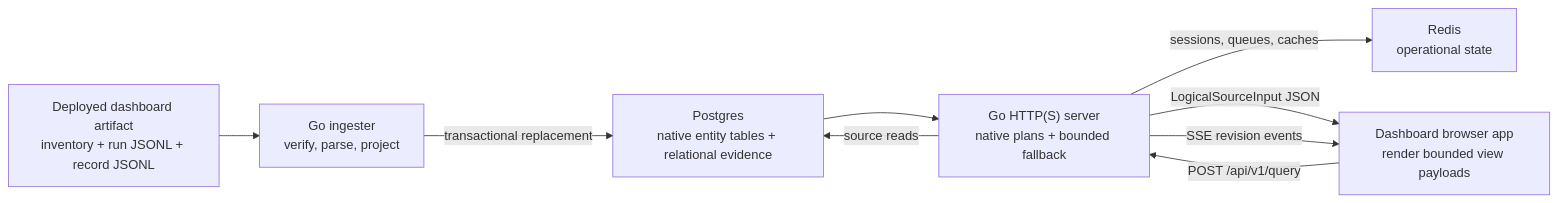
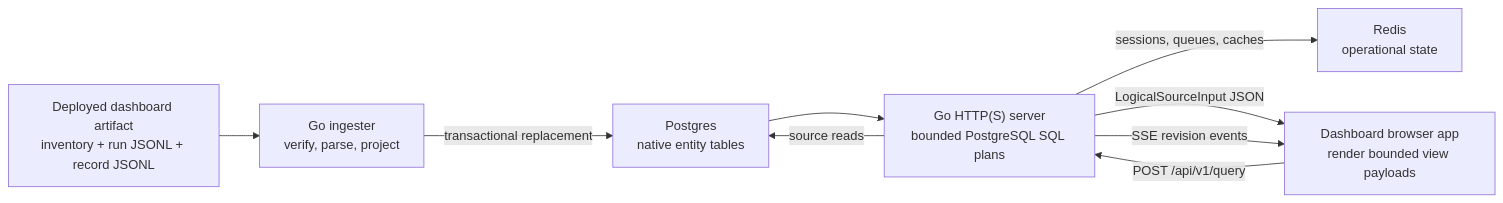
One commit to bradygaster/gh-aw-cao changed the first of 2 diagrams in server/README.md. Above: the diagram before and after it, drawn with Mermaid. The commit also changed other lines of this file and 23 other files, not shown here.

First line of the commit message:
Remove Go query evaluator and prove PostgreSQL corpus coverage (#15788)

````diff
--- a/server/README.md
+++ b/server/README.md
@@ -210,18 +200,18 @@
 ```mermaid
 flowchart LR
   Artifact["Deployed dashboard artifact<br/>inventory + run JSONL + record JSONL"]
   Ingest["Go ingester<br/>verify, parse, project"]
-  Postgres["Postgres<br/>native entity tables + relational evidence"]
+  Postgres["Postgres<br/>native entity tables"]
   Redis["Redis<br/>operational state"]
-  API["Go HTTP(S) server<br/>native plans + bounded fallback"]
+  API["Go HTTP(S) server<br/>bounded PostgreSQL SQL plans"]
   Browser["Dashboard browser app<br/>render bounded view payloads"]
 
   Artifact --> Ingest
   Ingest -->|"transactional replacement"| Postgres
   Postgres --> API
   Browser -->|"POST /api/v1/query"| API
   API -->|"source reads"| Postgres
   API -->|"sessions, queues, caches"| Redis
   API -->|"LogicalSourceInput JSON"| Browser
   API -->|"SSE revision events"| Browser
 ```
````
